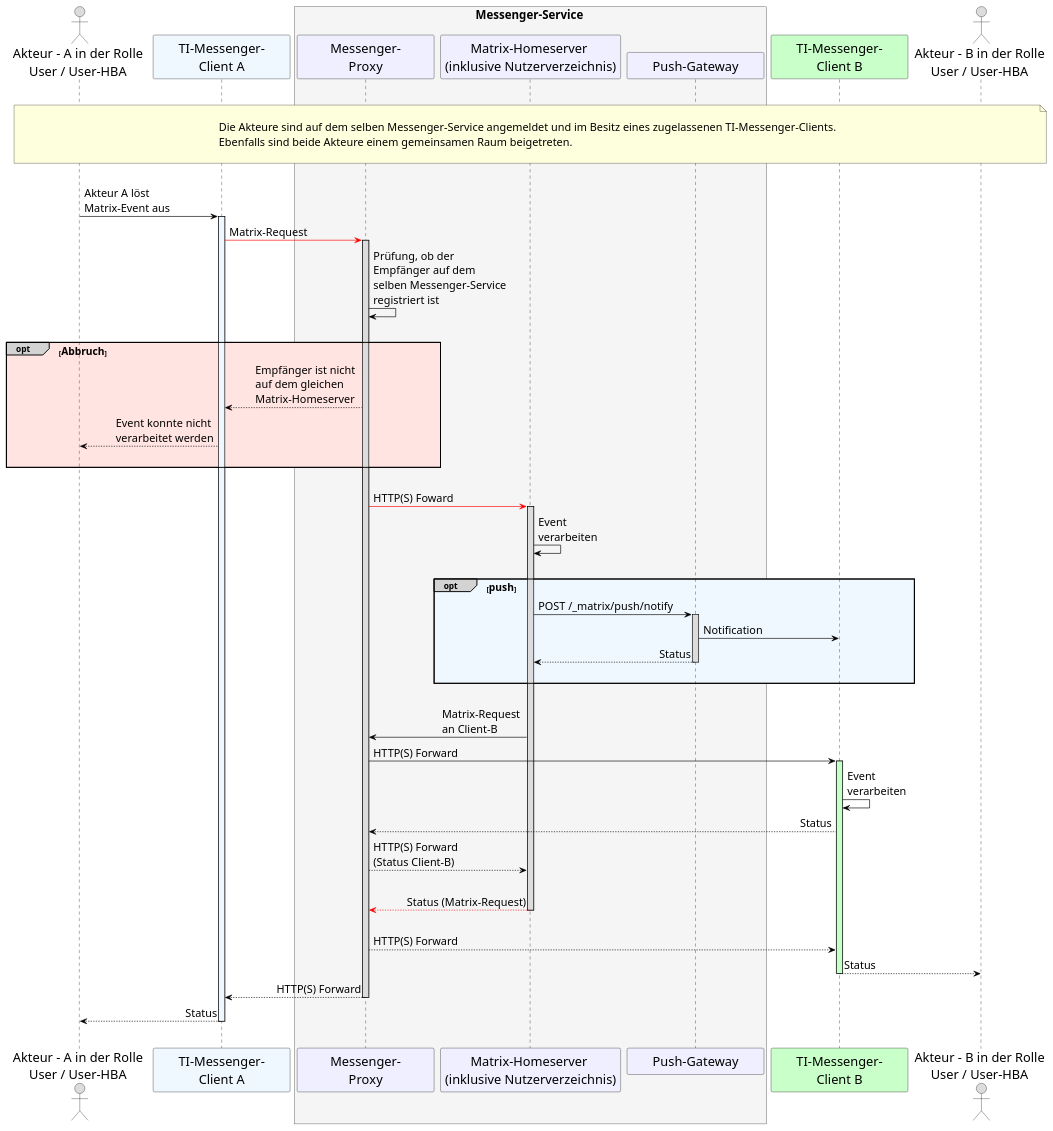
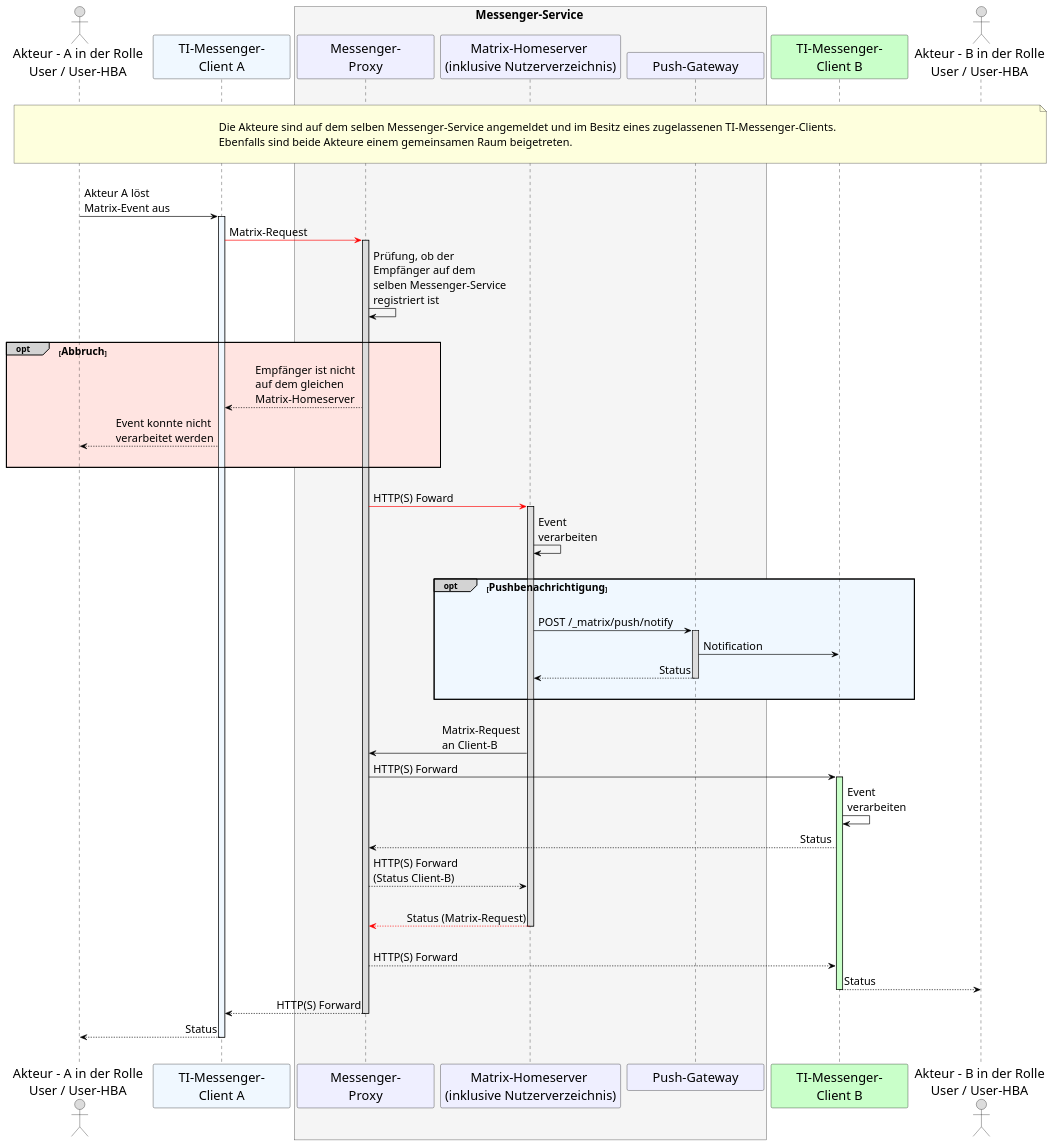
One commit to gematik/api-ti-messenger changed the diagram in src/plantuml/TI-Messenger-Dienst/Ressourcen/UC_10063_Seq.puml. Above: the diagram before and after it, drawn with PlantUML.

```diff
--- a/src/plantuml/TI-Messenger-Dienst/Ressourcen/UC_10063_Seq.puml
+++ b/src/plantuml/TI-Messenger-Dienst/Ressourcen/UC_10063_Seq.puml
@@ -9,89 +9,90 @@
 @startuml
 skinparam sequenceMessageAlign direction
 skinparam minClassWidth 200
 skinparam BoxPadding 1
 skinparam sequenceReferenceHeaderBackgroundColor palegreen
 scale max 2048 width
 
 skinparam sequence {
 ArrowColor black
 ArrowFontSize 17
 ActorBorderColor black
 LifeLineBorderColor black
 LifeLineBackgroundColor Gainsboro
 
 ParticipantBorderColor Motivation
 ParticipantBackgroundColor Motivation
 ParticipantFontName Impact
 ParticipantFontSize 20
 ParticipantFontColor black
 ParticipantBorderColor Black
 ParticipantBackgroundColor MOTIVATION
 
 ActorBackgroundColor Gainsboro
 ActorFontColor black
 ActorFontSize 20
 ActorFontName Aapex
 }
     actor U1 as "Akteur - A in der Rolle\nUser / User-HBA"
     participant C1 as "TI-Messenger-\nClient A" #AliceBlue
     box <size:18>Messenger-Service</size> #WhiteSmoke
       participant MP as "Messenger-\nProxy"
       participant MH as "Matrix-Homeserver \n(inklusive Nutzerverzeichnis)"
       participant PG as "Push-Gateway"
     end box
     participant C2 as "TI-Messenger-\nClient B" #TECHNOLOGY
     actor U2 as "Akteur - B in der Rolle\nUser / User-HBA"
     
 |||
 note over U1, U2: \n<size:17>Die Akteure sind auf dem selben Messenger-Service angemeldet und im Besitz eines zugelassenen TI-Messenger-Clients.</size>\n<size:17>Ebenfalls sind beide Akteure einem gemeinsamen Raum beigetreten.</size>\n
 |||
 
     U1->C1: Akteur A löst \nMatrix-Event aus
       activate C1 #AliceBlue
     C1-[#red]>MP: Matrix-Request
       activate MP
     MP->MP: Prüfung, ob der \nEmpfänger auf dem \nselben Messenger-Service \nregistriert ist
     
     |||
     opt#LightGrey #MistyRose <size:16>Abbruch</size>
       MP-->C1: Empfänger ist nicht \nauf dem gleichen \nMatrix-Homeserver
       C1-->U1: Event konnte nicht \nverarbeitet werden
     |||
     end
     
     |||
     MP-[#red]>MH: HTTP(S) Foward
       activate MH
     MH->MH: Event \nverarbeiten
     
     |||
-    opt#LightGrey #AliceBlue <size:16>push</size>
+    opt#LightGrey #AliceBlue <size:16>Pushbenachrichtigung</size>
+    |||
     MH->PG: POST /_matrix/push/notify
       activate PG
     PG->C2: Notification
     PG-->MH: Status
       deactivate PG
     |||
     end
     
     |||
     MH->MP: Matrix-Request \nan Client-B
     MP->C2: HTTP(S) Forward
       activate C2 #TECHNOLOGY
     C2->C2: Event \nverarbeiten
     C2-->MP: Status
     MP-->MH: HTTP(S) Forward \n(Status Client-B)
     |||
     MH-[#red]->MP: Status (Matrix-Request)
       deactivate MH
     |||
     MP-->C2: HTTP(S) Forward
     C2-->U2: Status
       deactivate C2
     MP-->C1: HTTP(S) Forward
       deactivate MP
     C1-->U1: Status
       deactivate C1
 |||
 @enduml
```
